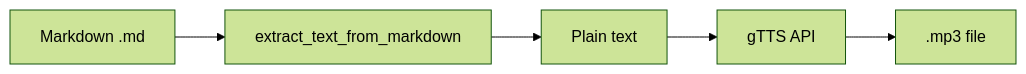
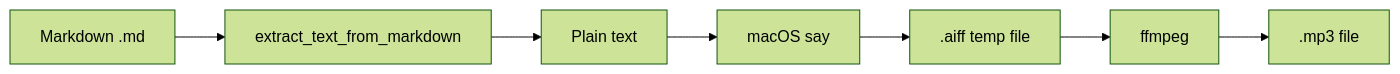
Before and after one commit to docxology/biol-1: the diagram in software/docs/OUTPUT_AUDIO.md, drawn with Mermaid (forest theme). The commit also changed other lines of this file and 2062 other files, not shown here.

````diff
--- a/software/docs/OUTPUT_AUDIO.md
+++ b/software/docs/OUTPUT_AUDIO.md
@@ -23,7 +23,9 @@
 ```mermaid
 flowchart LR
     MD[Markdown .md] --> EXT[extract_text_from_markdown]
     EXT --> TXT[Plain text]
-    TXT --> GTTS[gTTS API]
-    GTTS --> MP3[.mp3 file]
+    TXT --> SAY[macOS say]
+    SAY --> AIFF[.aiff temp file]
+    AIFF --> FFMPEG[ffmpeg]
+    FFMPEG --> MP3[.mp3 file]
 ```
````
